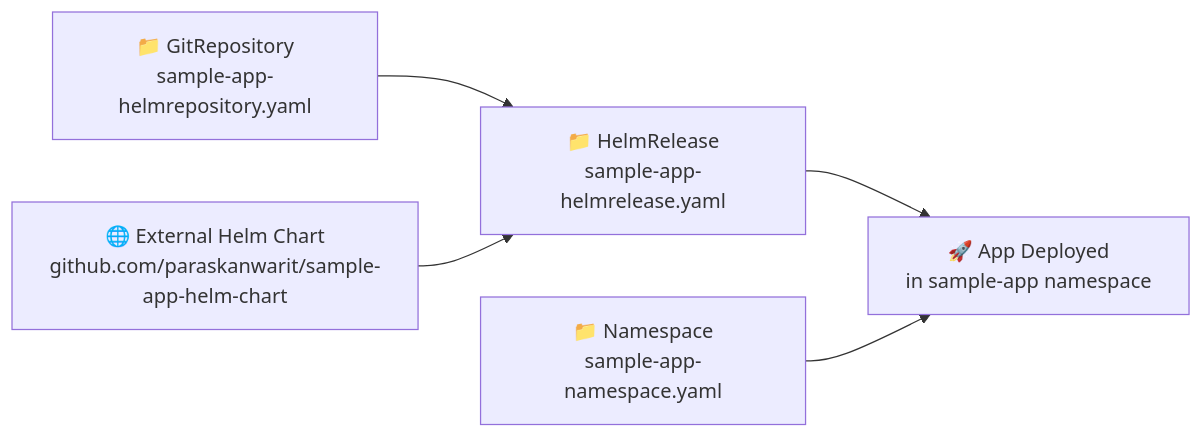
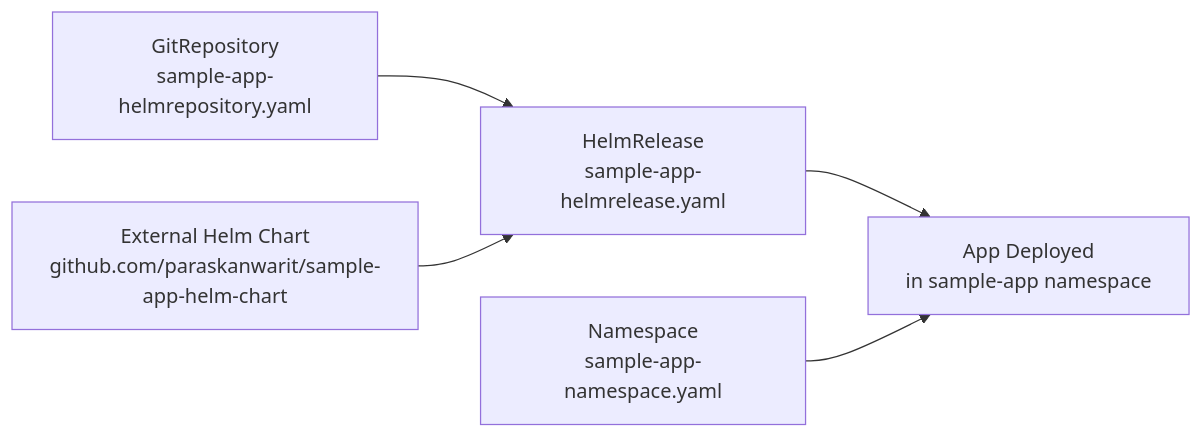
One commit to paraskanwarit/flux-app-delivery changed the diagram in diagrams/delivery-flow.md. Above: the diagram before and after it, drawn with Mermaid. The commit also changed 2 other files, not shown here.

````diff
--- a/diagrams/delivery-flow.md
+++ b/diagrams/delivery-flow.md
@@ -3,8 +3,8 @@
 ```mermaid
 flowchart LR
-    A[📁 GitRepository<br/>sample-app-helmrepository.yaml] --> B[📁 HelmRelease<br/>sample-app-helmrelease.yaml]
-    B --> C[🚀 App Deployed<br/>in sample-app namespace]
+    A[ GitRepository<br/>sample-app-helmrepository.yaml] --> B[ HelmRelease<br/>sample-app-helmrelease.yaml]
+    B --> C[ App Deployed<br/>in sample-app namespace]
     
-    D[🌐 External Helm Chart<br/>github.com/paraskanwarit/sample-app-helm-chart] --> B
-    E[📁 Namespace<br/>sample-app-namespace.yaml] --> C
+    D[ External Helm Chart<br/>github.com/paraskanwarit/sample-app-helm-chart] --> B
+    E[ Namespace<br/>sample-app-namespace.yaml] --> C
 ```
````
